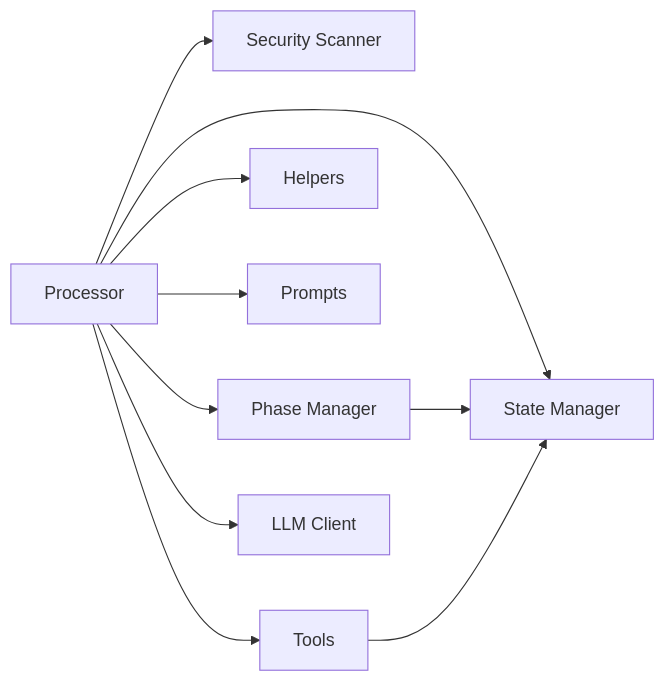
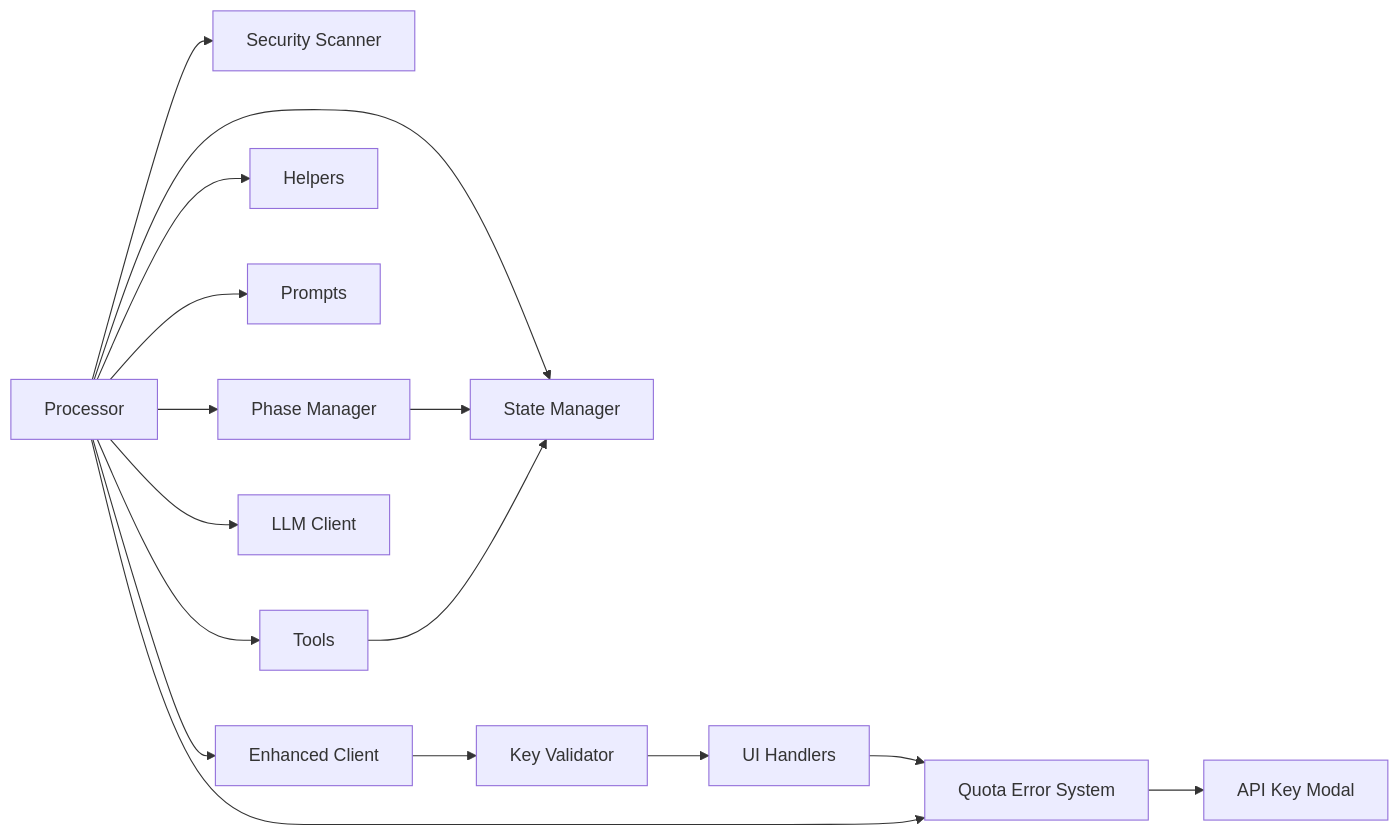
Before and after one commit to MOK-5-ha/MayaMCP: diagram 14 of 14 in .qoder/repowiki/en/content/Core Architecture/Conversation Processing Architecture.md, drawn with Mermaid. The commit also changed other lines of this file and 27 other files, not shown here.

````diff
--- a/.qoder/repowiki/en/content/Core Architecture/Conversation Processing Architecture.md
+++ b/.qoder/repowiki/en/content/Core Architecture/Conversation Processing Architecture.md
@@ -449,12 +621,18 @@
 ```mermaid
 graph LR
 Processor["Processor"] --> Security["Security Scanner"]
 Processor --> PhaseMgr["Phase Manager"]
 Processor --> Helpers["Helpers"]
 Processor --> Prompts["Prompts"]
 Processor --> Tools["Tools"]
 Processor --> StateMgr["State Manager"]
 Processor --> LLM["LLM Client"]
+Processor --> Client["Enhanced Client"]
+Client --> KV["Key Validator"]
+KV --> UIH["UI Handlers"]
+UIH --> QE["Quota Error System"]
+QE --> APIK["API Key Modal"]
+Processor --> QE
 PhaseMgr --> StateMgr
 Tools --> StateMgr
 ```
````
